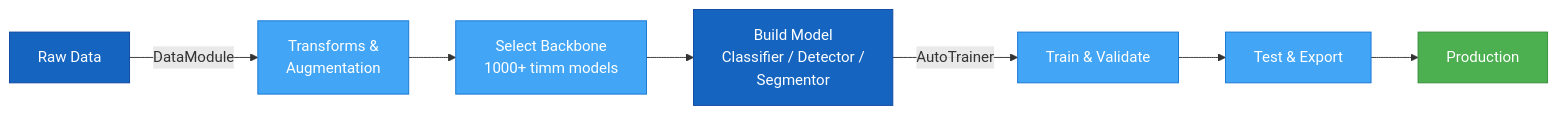
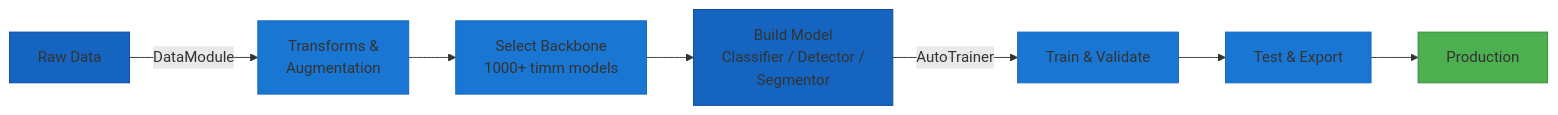
One commit to theja-vanka/AutoTimm changed the diagram in docs/index.md. Above: the diagram before and after it, drawn with Mermaid. The commit also changed 37 other files, not shown here.

````diff
--- a/docs/index.md
+++ b/docs/index.md
@@ -10,17 +10,17 @@
 ```mermaid
 graph LR
     A[Raw Data] -->|DataModule| B[Transforms &<br/>Augmentation]
     B --> C[Select Backbone<br/>1000+ timm models]
     C --> D[Build Model<br/>Classifier / Detector /<br/>Segmentor]
     D -->|AutoTrainer| E[Train & Validate]
     E --> F[Test & Export]
     F --> G[Production]
 
-    style A fill:#1565C0,stroke:#0D47A1,color:#fff
-    style B fill:#42A5F5,stroke:#1976D2,color:#fff
-    style C fill:#42A5F5,stroke:#1976D2,color:#fff
-    style D fill:#1565C0,stroke:#0D47A1,color:#fff
-    style E fill:#42A5F5,stroke:#1976D2,color:#fff
-    style F fill:#42A5F5,stroke:#1976D2,color:#fff
-    style G fill:#4CAF50,stroke:#388E3C,color:#fff
+    style A fill:#1565C0,stroke:#0D47A1
+    style B fill:#1976D2,stroke:#1565C0
+    style C fill:#1976D2,stroke:#1565C0
+    style D fill:#1565C0,stroke:#0D47A1
+    style E fill:#1976D2,stroke:#1565C0
+    style F fill:#1976D2,stroke:#1565C0
+    style G fill:#4CAF50,stroke:#388E3C
 ```
````
